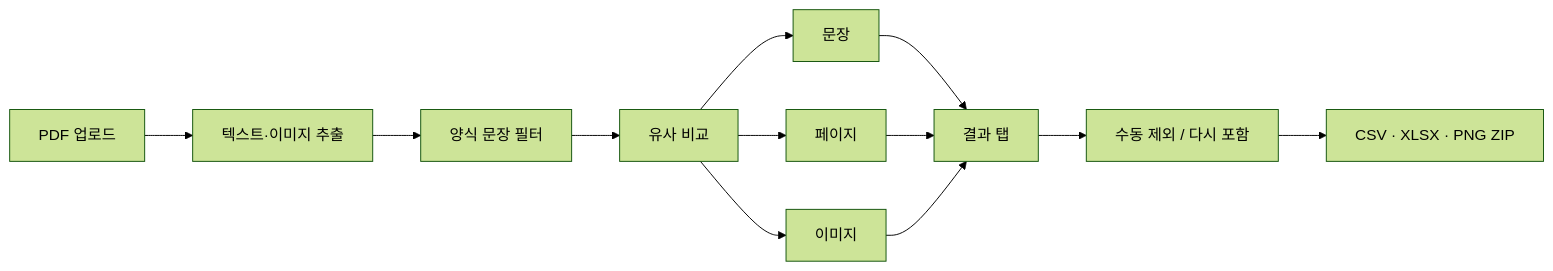
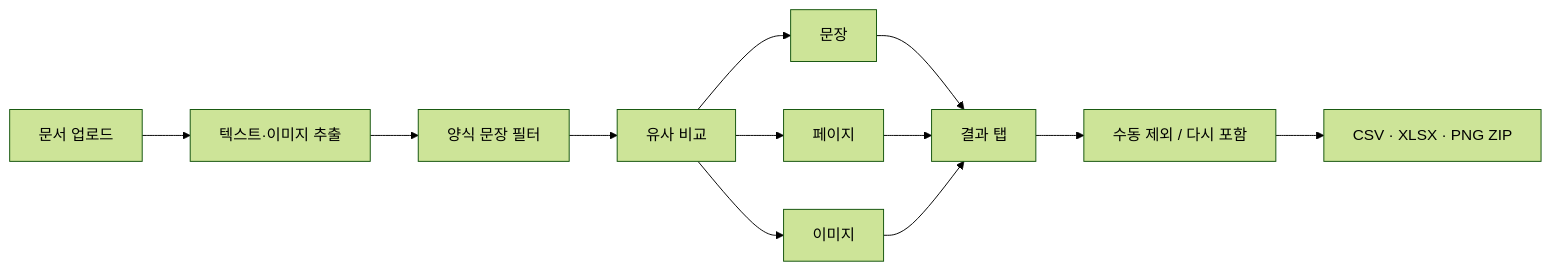
One commit to eunbijoel/Document_SimilarityAnalysis changed the diagram in README.md. Above: the diagram before and after it, drawn with Mermaid (forest theme). The commit also changed other lines of this file and 9 other files, not shown here.

````diff
--- a/README.md
+++ b/README.md
@@ -22,14 +25,14 @@
 ```mermaid
 flowchart LR
-  A[PDF 업로드] --> B[텍스트·이미지 추출]
+  A[문서 업로드] --> B[텍스트·이미지 추출]
   B --> C[양식 문장 필터]
   C --> D[유사 비교]
   D --> D1[문장]
   D --> D2[페이지]
   D --> D3[이미지]
   D1 --> E[결과 탭]
   D2 --> E
   D3 --> E
   E --> F[수동 제외 / 다시 포함]
   F --> G[CSV · XLSX · PNG ZIP]
 ```
````
